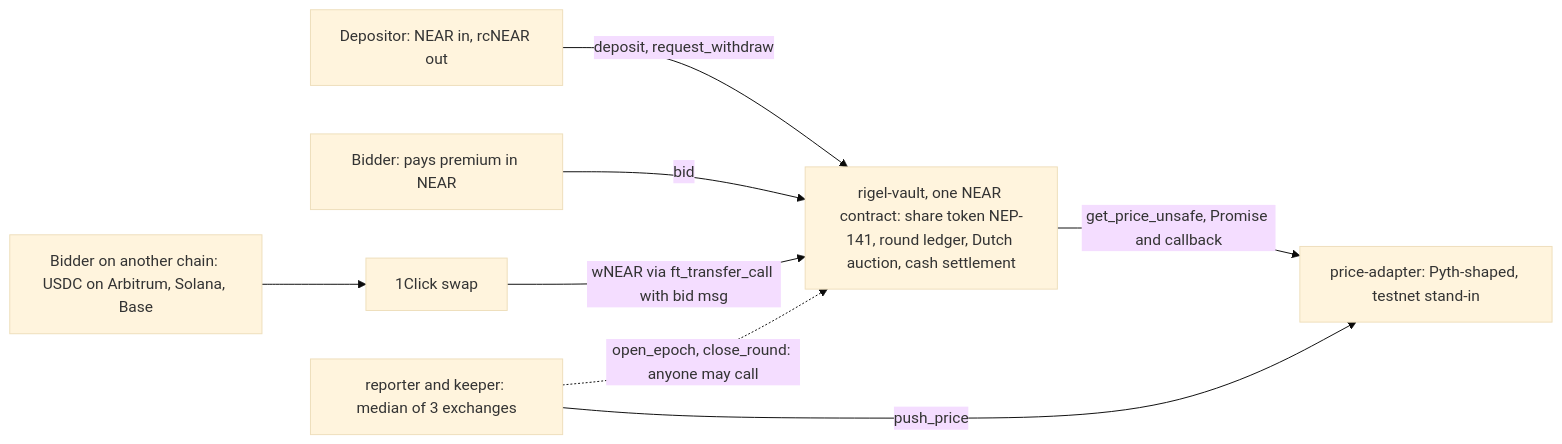
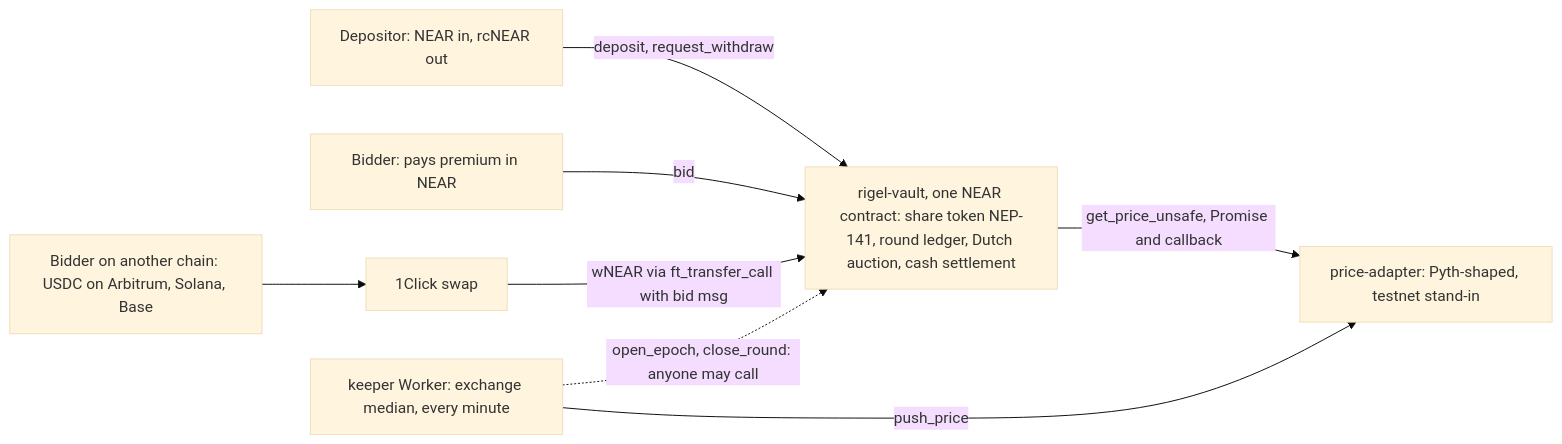
One commit to tamerrarda/rigel changed the third of 3 diagrams in README.md. Above: the diagram before and after it, drawn with Mermaid (base theme). The commit also changed other lines of this file and 3 other files, not shown here.

Commit message:
docs: describe the hosted keeper and the live exchange median

````diff
--- a/README.md
+++ b/README.md
@@ -165,17 +167,17 @@
 ```mermaid
 flowchart LR
     D["Depositor: NEAR in, rcNEAR out"]
     B["Bidder: pays premium in NEAR"]
     X["Bidder on another chain: USDC on Arbitrum, Solana, Base"]
     OC["1Click swap"]
     V["rigel-vault, one NEAR contract: share token NEP-141, round ledger, Dutch auction, cash settlement"]
     O["price-adapter: Pyth-shaped, testnet stand-in"]
-    R["reporter and keeper: median of 3 exchanges"]
+    R["keeper Worker: exchange median, every minute"]
     D -->|"deposit, request_withdraw"| V
     B -->|"bid"| V
     X --> OC
     OC -->|"wNEAR via ft_transfer_call with bid msg"| V
     V -->|"get_price_unsafe, Promise and callback"| O
     R -->|"push_price"| O
     R -.->|"open_epoch, close_round: anyone may call"| V
 ```
````
